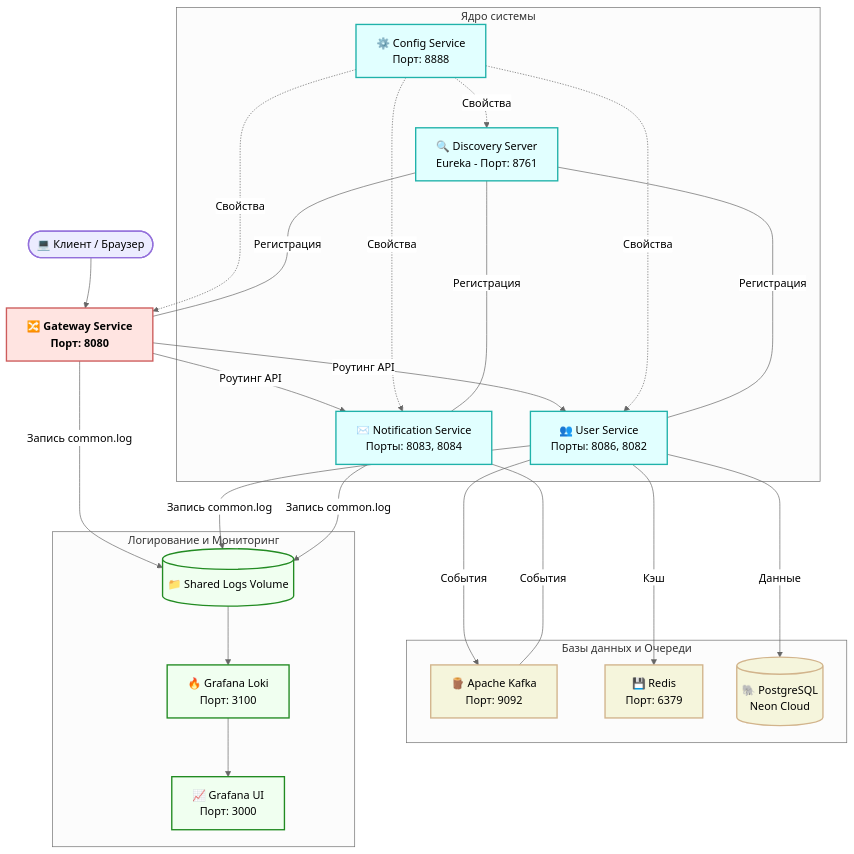
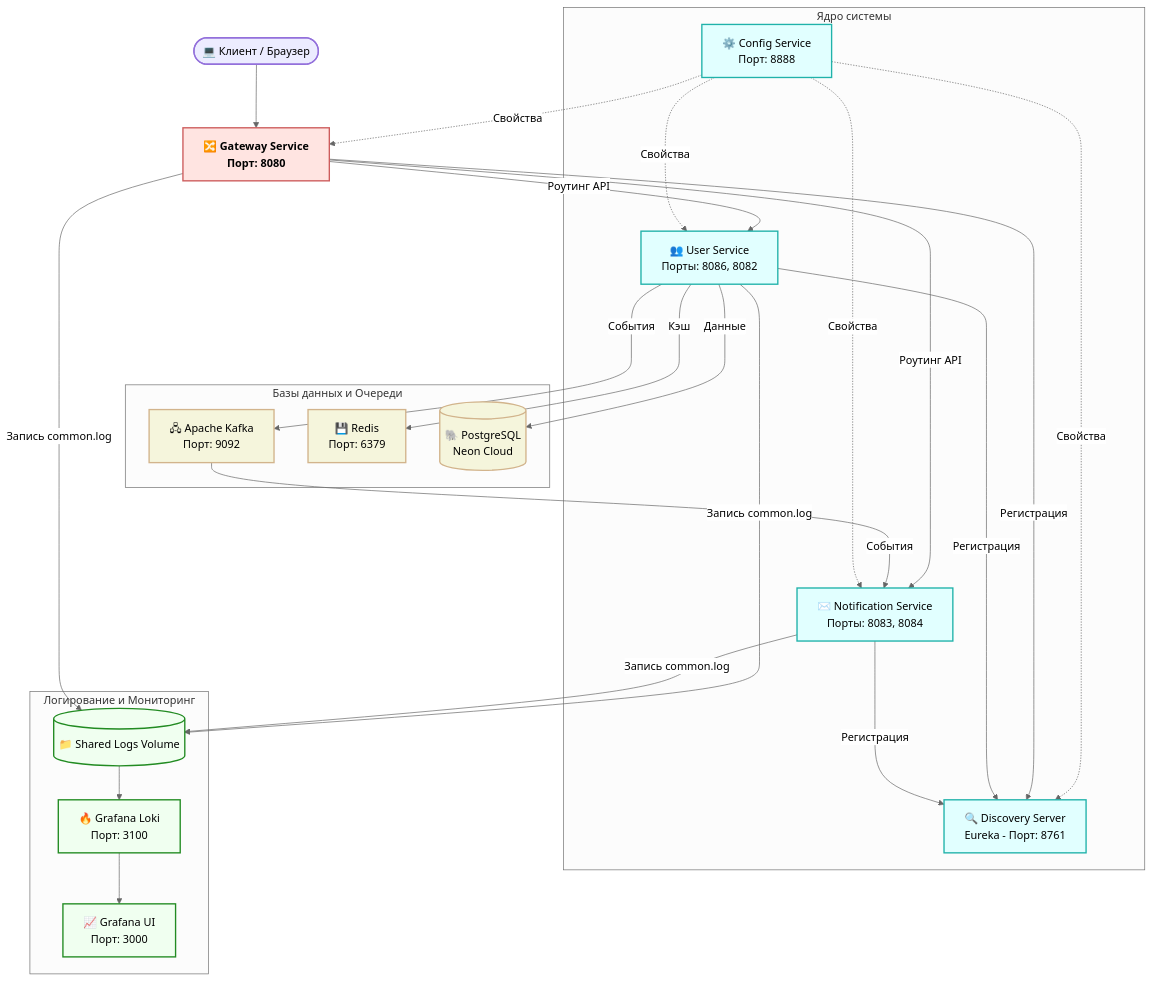
The first of 2 diagrams in README.md (maxitool/user-service), drawn with Mermaid (neutral theme) before and after one commit. The commit also changed other lines of this file, not shown here.

````diff
--- a/README.md
+++ b/README.md
@@ -80,49 +80,49 @@
 ```mermaid
 graph TD
     %% Компоненты системы
     Client([💻 Клиент / Браузер]) --> Gateway[🔀 Gateway Service<br/>Порт: 8080]
 
     subgraph Core ["Ядро системы"]
         Config[⚙️ Config Service<br/>Порт: 8888]
         Discovery["🔍 Discovery Server<br/>Eureka - Порт: 8761"]
         US[👥 User Service<br/>Порты: 8086, 8082]
         NS[✉️ Notification Service<br/>Порты: 8083, 8084]
     end
 
     subgraph Infrastructure ["Базы данных и Очереди"]
-        Kafka[🪵 Apache Kafka<br/>Порт: 9092]
+        Kafka[🖧 Apache Kafka<br/>Порт: 9092]
         Redis[💾 Redis<br/>Порт: 6379]
         DB[(🐘 PostgreSQL<br/>Neon Cloud)]
     end
 
     subgraph Observability ["Логирование и Мониторинг"]
         Volume[(📁 Shared Logs Volume)]
         Loki[🔥 Grafana Loki<br/>Порт: 3100] --> Grafana[📈 Grafana UI<br/>Порт: 3000]
     end
 
     %% Основные потоки данных (Трафик)
     Gateway -->|Роутинг API| US & NS
     US --->|Кэш| Redis
     US --->|Данные| DB
     US --->|События| Kafka
-    NS <---|События| Kafka
+    Kafka --->|События| NS
 
     %% Служебные связи (Сжатые и исправленные)
     Config -.->|Свойства| Discovery & Gateway & US & NS
-    Discovery <---|Регистрация| Gateway & US & NS
+    Gateway & US & NS --->|Регистрация| Discovery
     Gateway & US & NS -->|Запись common.log| Volume
     Volume --> Loki
 
     %% Стилизация (Безопасно для GitHub)
     classDef client fill:#ececff,stroke:#9370db,stroke-width:2px;
     classDef gateway fill:#ffe4e1,stroke:#cd5c5c,stroke-width:2px,font-weight:bold;
     classDef core fill:#e1ffff,stroke:#20b2aa,stroke-width:2px;
     classDef infra fill:#f5f5dc,stroke:#d2b48c,stroke-width:2px;
     classDef monitor fill:#f0fff0,stroke:#228b22,stroke-width:2px;
 
     class Client client;
     class Gateway gateway;
     class Config,Discovery,US,NS core;
     class Kafka,Redis,DB infra;
     class Volume,Loki,Grafana monitor;
 ```
````
